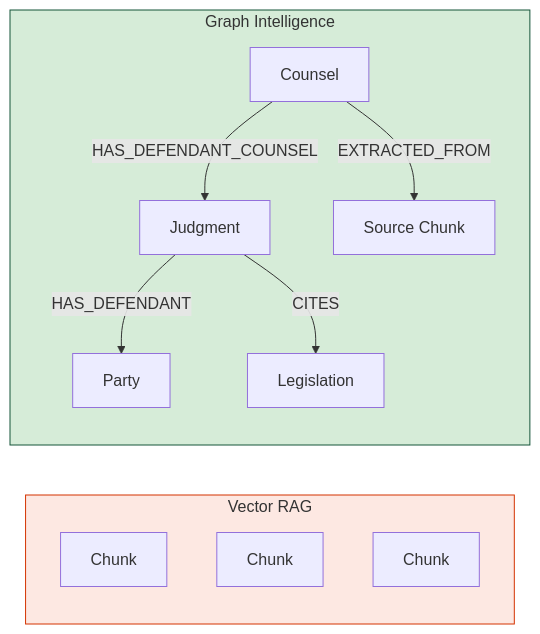
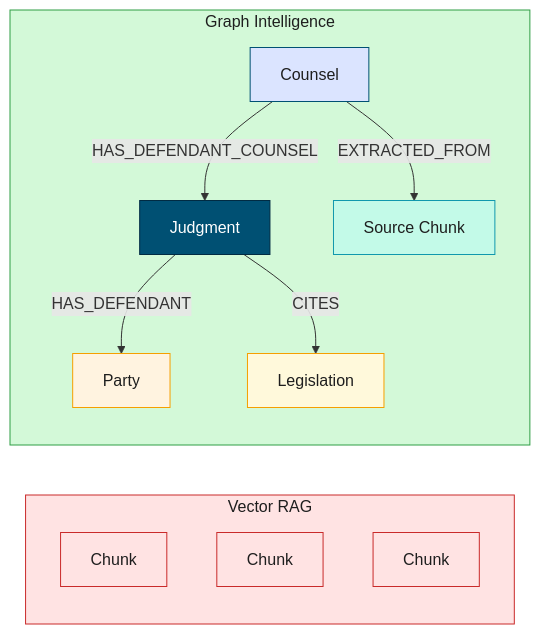
One commit to joy-neo4j/graph-intelligence-agent changed the second of 13 diagrams in outputs/Graph_Intelligence_Technical_DeepDive.md. Above: the diagram before and after it, drawn with Mermaid. The commit also changed other lines of this file and 1 other file, not shown here.

First line of the commit message:
style(diagrams): restyle all Mermaid diagrams for contrast and colour

````diff
--- a/outputs/Graph_Intelligence_Technical_DeepDive.md
+++ b/outputs/Graph_Intelligence_Technical_DeepDive.md
@@ -100,14 +103,22 @@
 ```mermaid
 graph LR
     subgraph Before["Vector RAG"]
         B1["Chunk"] & B2["Chunk"] & B3["Chunk"]
     end
     subgraph After["Graph Intelligence"]
         Counsel -->|HAS_DEFENDANT_COUNSEL| Judgment
         Judgment -->|HAS_DEFENDANT| Party
         Judgment -->|CITES| Legislation
         Counsel -->|EXTRACTED_FROM| Chunk["Source Chunk"]
     end
-    style Before fill:#FDE8E2,stroke:#D43300
-    style After fill:#D6ECD8,stroke:#145439
+    style Before fill:#ffe3e3,stroke:#c92a2a,color:#1e1e1e
+    style After fill:#d3f9d8,stroke:#2f9e44,color:#1e1e1e
+    style B1 fill:#ffe3e3,stroke:#c92a2a,color:#1e1e1e
+    style B2 fill:#ffe3e3,stroke:#c92a2a,color:#1e1e1e
+    style B3 fill:#ffe3e3,stroke:#c92a2a,color:#1e1e1e
+    style Counsel fill:#dbe4ff,stroke:#005073,color:#1e1e1e
+    style Judgment fill:#005073,stroke:#002B43,color:#fff
+    style Party fill:#fff3e0,stroke:#f59f00,color:#1e1e1e
+    style Legislation fill:#fff9db,stroke:#f59f00,color:#1e1e1e
+    style Chunk fill:#c3fae8,stroke:#1098ad,color:#1e1e1e
 ```
````
